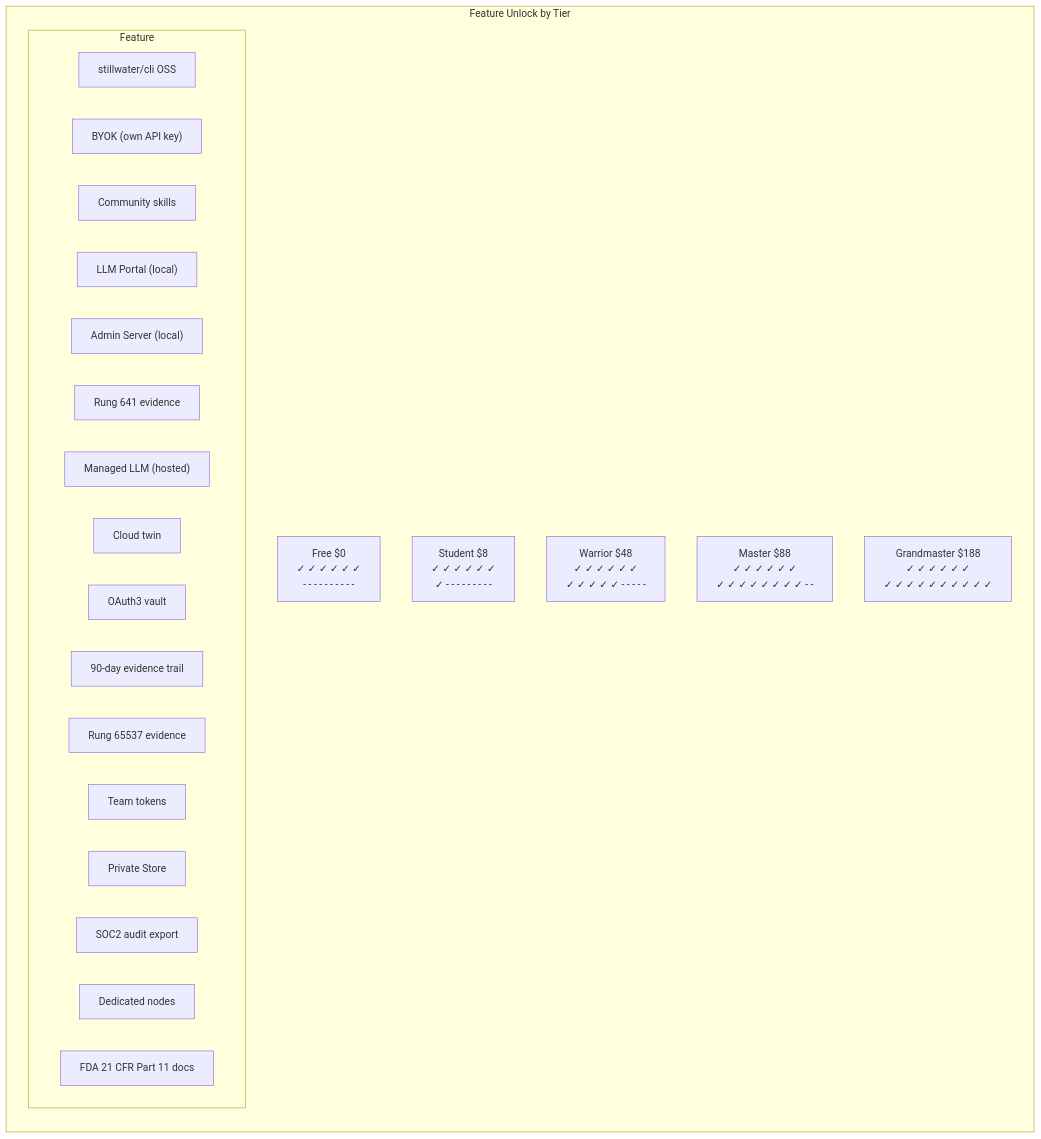
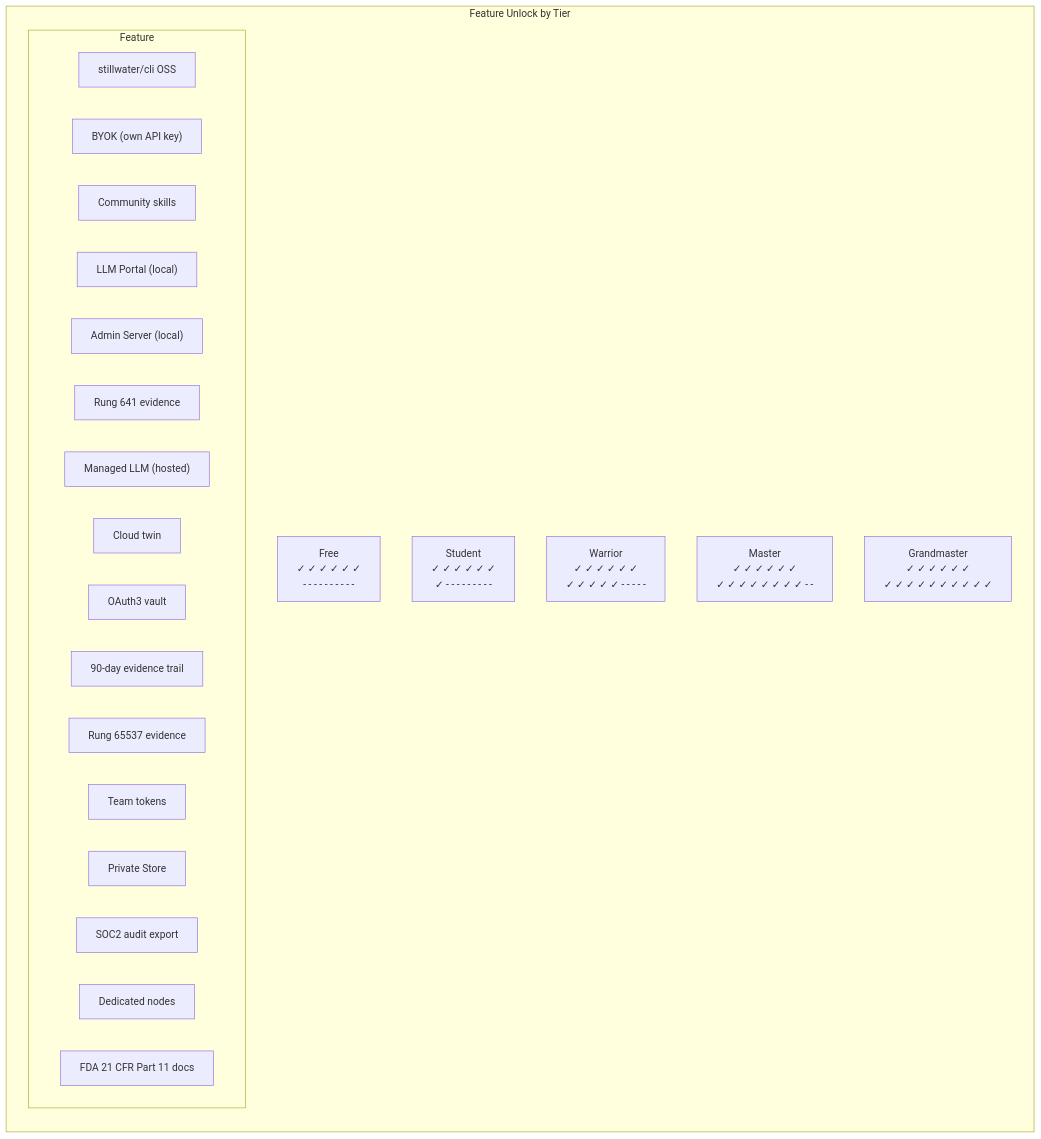
Before and after one commit to phuctruong/stillwater: the sixth of 6 diagrams in diagrams/stillwater/21-pricing-tiers.md, drawn with Mermaid. The commit also changed other lines of this file and 88 other files, not shown here.

````diff
--- a/diagrams/stillwater/21-pricing-tiers.md
+++ b/diagrams/stillwater/21-pricing-tiers.md
@@ -174,31 +173,31 @@
 ```mermaid
 flowchart TD
     subgraph FEATURES["Feature Unlock by Tier"]
         direction TB
 
         subgraph COL_LABEL["Feature"]
             F01["stillwater/cli OSS"]
             F02["BYOK (own API key)"]
             F03["Community skills"]
             F04["LLM Portal (local)"]
             F05["Admin Server (local)"]
             F06["Rung 641 evidence"]
             F07["Managed LLM (hosted)"]
             F08["Cloud twin"]
             F09["OAuth3 vault"]
             F10["90-day evidence trail"]
             F11["Rung 65537 evidence"]
             F12["Team tokens"]
             F13["Private Store"]
             F14["SOC2 audit export"]
             F15["Dedicated nodes"]
             F16["FDA 21 CFR Part 11 docs"]
         end
 
-        FREE_COL["Free $0\n✓ ✓ ✓ ✓ ✓ ✓\n- - - - - - - - - -"]
-        STUDENT_COL["Student $8\n✓ ✓ ✓ ✓ ✓ ✓\n✓ - - - - - - - - -"]
-        WARRIOR_COL["Warrior $48\n✓ ✓ ✓ ✓ ✓ ✓\n✓ ✓ ✓ ✓ ✓ - - - - -"]
-        MASTER_COL["Master $88\n✓ ✓ ✓ ✓ ✓ ✓\n✓ ✓ ✓ ✓ ✓ ✓ ✓ ✓ - -"]
-        GRAND_COL["Grandmaster $188\n✓ ✓ ✓ ✓ ✓ ✓\n✓ ✓ ✓ ✓ ✓ ✓ ✓ ✓ ✓ ✓"]
+        FREE_COL["Free\n✓ ✓ ✓ ✓ ✓ ✓\n- - - - - - - - - -"]
+        STUDENT_COL["Student\n✓ ✓ ✓ ✓ ✓ ✓\n✓ - - - - - - - - -"]
+        WARRIOR_COL["Warrior\n✓ ✓ ✓ ✓ ✓ ✓\n✓ ✓ ✓ ✓ ✓ - - - - -"]
+        MASTER_COL["Master\n✓ ✓ ✓ ✓ ✓ ✓\n✓ ✓ ✓ ✓ ✓ ✓ ✓ ✓ - -"]
+        GRAND_COL["Grandmaster\n✓ ✓ ✓ ✓ ✓ ✓\n✓ ✓ ✓ ✓ ✓ ✓ ✓ ✓ ✓ ✓"]
     end
 ```
````
